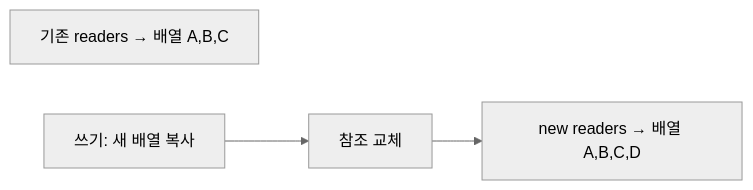
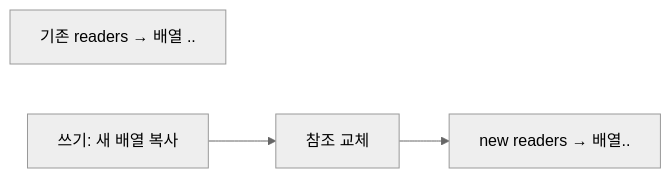
Before and after one commit to yjkim2015/yjkim2015.github.io: the fifth of 21 diagrams in _posts/java/2026-05-01-java-collections.md, drawn with Mermaid (neutral theme). The commit also changed other lines of this file and 149 other files, not shown here.

First line of the commit message:
Mermaid 가독성 개선: 라벨 축약, 노드 축소, TD→LR 변환

````diff
--- a/_posts/java/2026-05-01-java-collections.md
+++ b/_posts/java/2026-05-01-java-collections.md
@@ -202,6 +202,6 @@
 ```mermaid
 graph LR
-    OLD["기존 readers → 배열 A,B,C"]
+    OLD["기존 readers → 배열 .."]
     WRITE["쓰기: 새 배열 복사"] --> REF["참조 교체"]
-    REF --> NEW["new readers → 배열 A,B,C,D"]
+    REF --> NEW["new readers → 배열.."]
 ```
````
